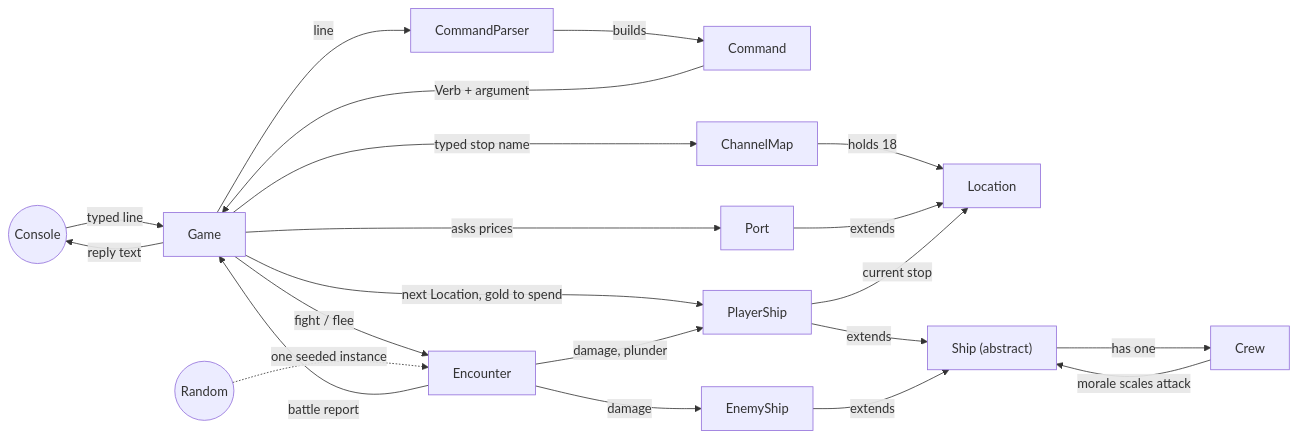
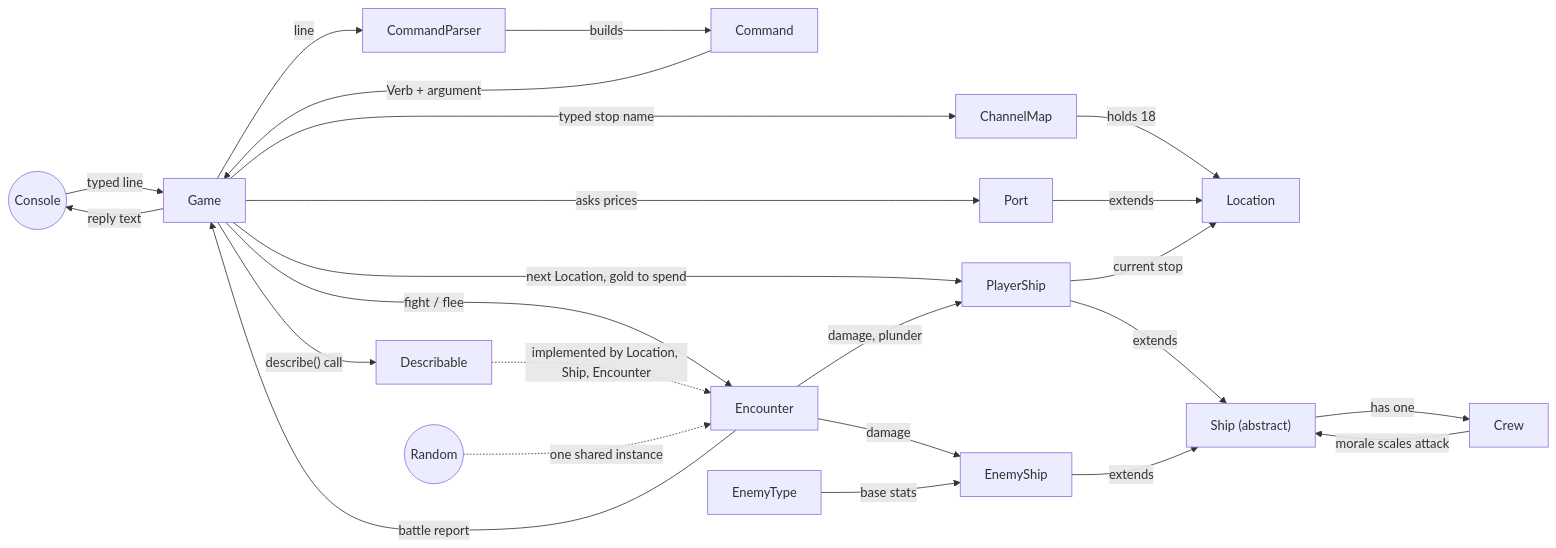
One commit to DRMarcosVT/cs2114-project1-group87 changed the diagram in docs/system-diagram.mmd. Above: the diagram before and after it, drawn with Mermaid. The commit also changed 5 other files, not shown here.

First line of the commit message:
Trim SPEC.md for the deliverable and bring both diagrams in line with it

```diff
--- a/docs/system-diagram.mmd
+++ b/docs/system-diagram.mmd
@@ -1,36 +1,41 @@
 flowchart LR
     Console(("Console"))
     Game["Game"]
     CommandParser["CommandParser"]
     Command["Command"]
     ChannelMap["ChannelMap"]
     Location["Location"]
     Port["Port"]
     Encounter["Encounter"]
     Ship["Ship (abstract)"]
     PlayerShip["PlayerShip"]
     EnemyShip["EnemyShip"]
+    EnemyType["EnemyType"]
+    Describable["Describable"]
     Crew["Crew"]
     Random(("Random"))
 
     Console -- "typed line" --> Game
     Game -- "reply text" --> Console
     Game -- "line" --> CommandParser
     CommandParser -- "builds" --> Command
     Command -- "Verb + argument" --> Game
 
     Game -- "typed stop name" --> ChannelMap
     ChannelMap -- "holds 18" --> Location
     Game -- "asks prices" --> Port
     Port -- "extends" --> Location
     Game -- "next Location, gold to spend" --> PlayerShip
     PlayerShip -- "current stop" --> Location
     Game -- "fight / flee" --> Encounter
     Encounter -- "battle report" --> Game
     Encounter -- "damage, plunder" --> PlayerShip
     Encounter -- "damage" --> EnemyShip
     PlayerShip -- "extends" --> Ship
     EnemyShip -- "extends" --> Ship
+    EnemyType -- "base stats" --> EnemyShip
+    Game -- "describe() call" --> Describable
+    Describable -. "implemented by Location, Ship, Encounter" .-> Encounter
     Ship -- "has one" --> Crew
     Crew -- "morale scales attack" --> Ship
-    Random -. "one seeded instance" .-> Encounter
+    Random -. "one shared instance" .-> Encounter
```
